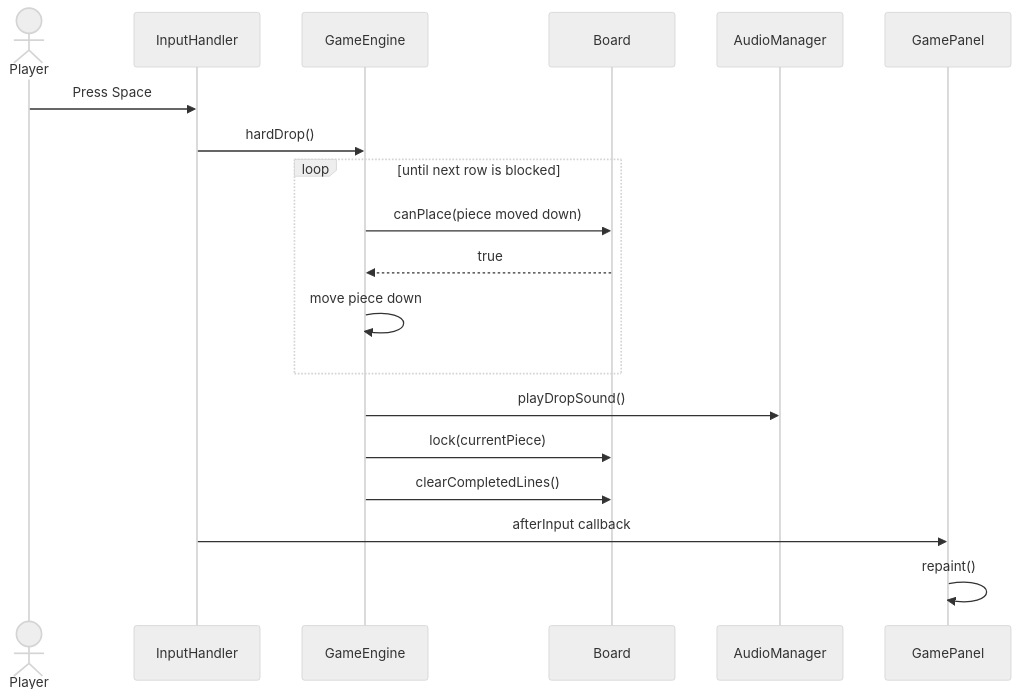
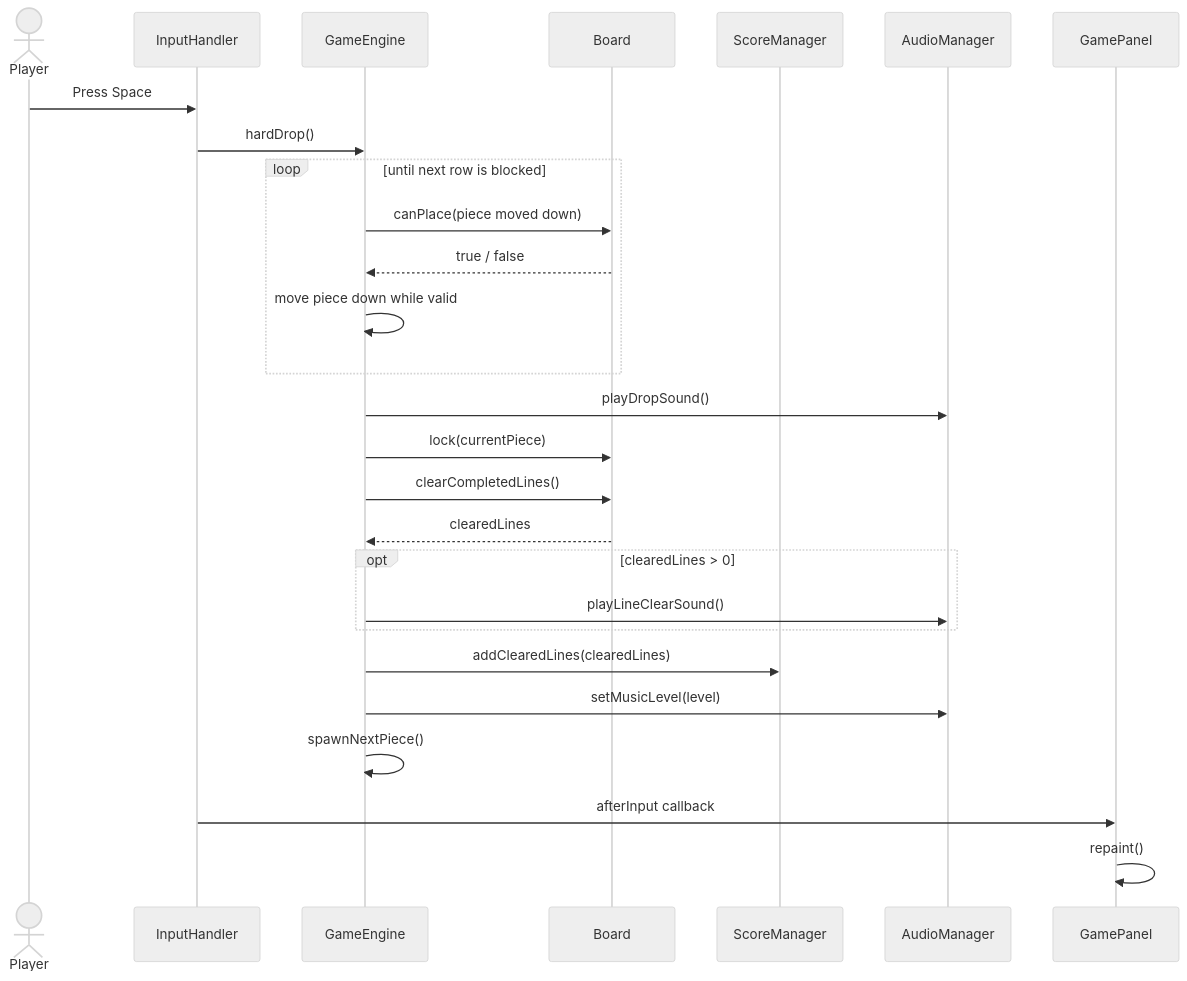
One commit to sheng-luen-chung/java-swing-tetris changed the fifth of 7 diagrams in docs/uml-class-design.md. Above: the diagram before and after it, drawn with Mermaid (neutral theme). The commit also changed other lines of this file, not shown here.

Commit message:
更新 UML 設計文件

````diff
--- a/docs/uml-class-design.md
+++ b/docs/uml-class-design.md
@@ -257,22 +298,30 @@
 ```mermaid
 sequenceDiagram
     actor Player
     participant InputHandler
     participant GameEngine
     participant Board
+    participant ScoreManager
     participant AudioManager
     participant GamePanel
 
     Player->>InputHandler: Press Space
     InputHandler->>GameEngine: hardDrop()
     loop until next row is blocked
         GameEngine->>Board: canPlace(piece moved down)
-        Board-->>GameEngine: true
-        GameEngine->>GameEngine: move piece down
+        Board-->>GameEngine: true / false
+        GameEngine->>GameEngine: move piece down while valid
     end
     GameEngine->>AudioManager: playDropSound()
     GameEngine->>Board: lock(currentPiece)
     GameEngine->>Board: clearCompletedLines()
+    Board-->>GameEngine: clearedLines
+    opt clearedLines > 0
+        GameEngine->>AudioManager: playLineClearSound()
+    end
+    GameEngine->>ScoreManager: addClearedLines(clearedLines)
+    GameEngine->>AudioManager: setMusicLevel(level)
+    GameEngine->>GameEngine: spawnNextPiece()
     InputHandler->>GamePanel: afterInput callback
     GamePanel->>GamePanel: repaint()
 ```
````
